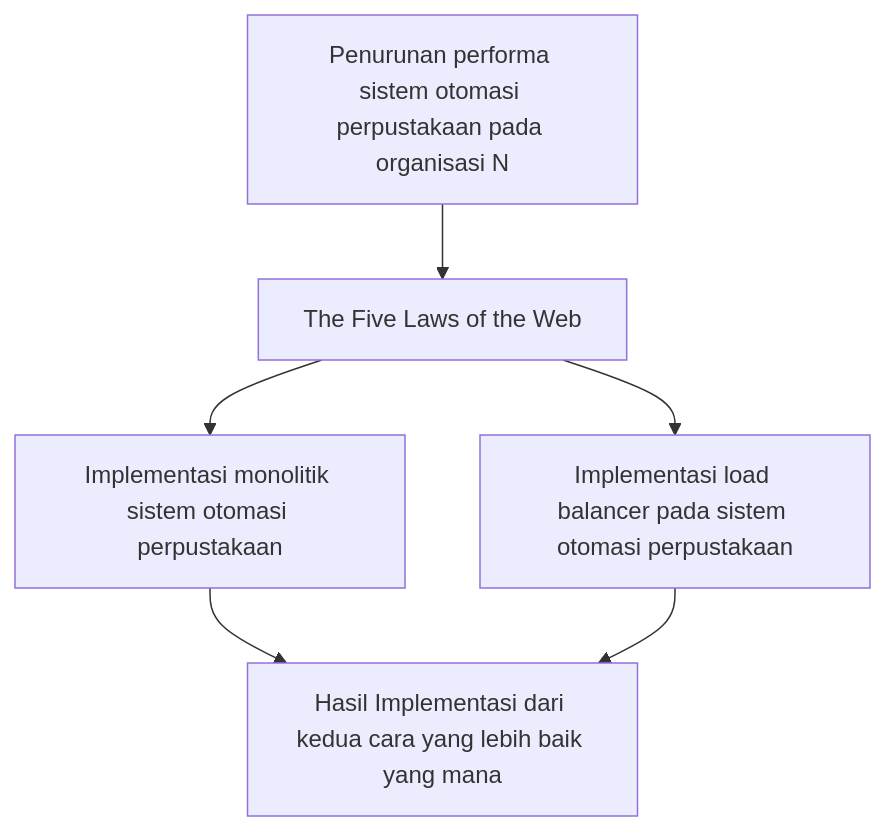
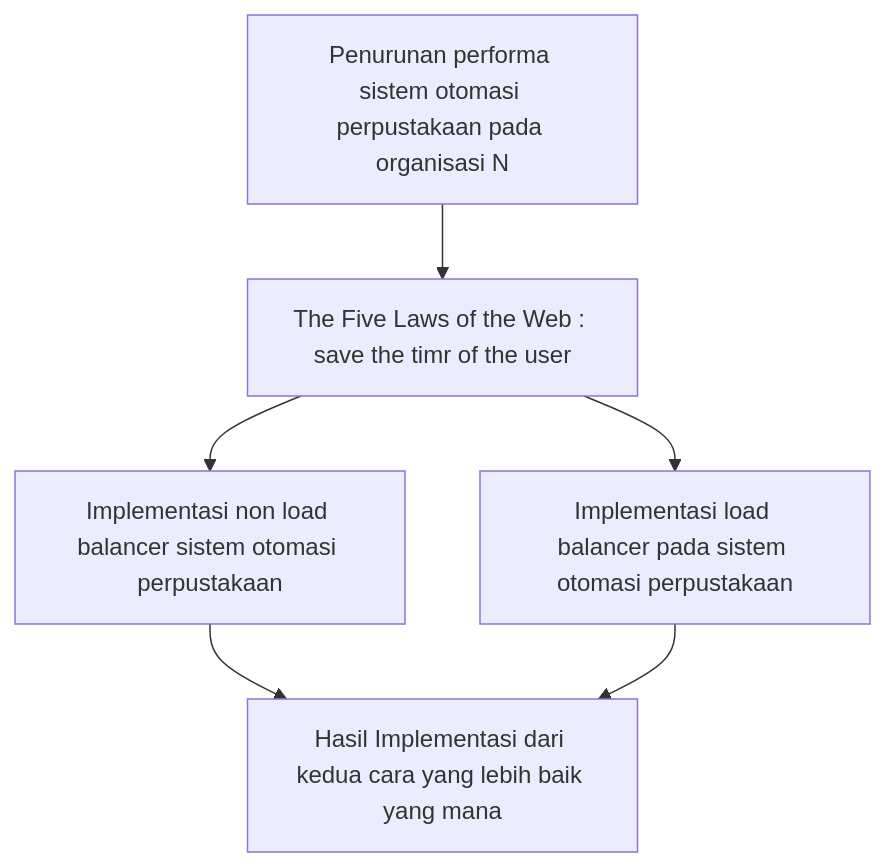
The diagram in 11210251000172/bab2/_index.md (worker-sentinel/caravaggio), drawn with Mermaid before and after one commit.

````diff
--- a/11210251000172/bab2/_index.md
+++ b/11210251000172/bab2/_index.md
@@ -111,8 +111,8 @@
 ```mermaid
 flowchart TD
-    A1[Penurunan performa sistem otomasi perpustakaan pada organisasi N] --> A2[The Five Laws of the Web]
-    A2 --> A3[Implementasi monolitik sistem otomasi perpustakaan]
+    A1[Penurunan performa sistem otomasi perpustakaan pada organisasi N] --> A2[The Five Laws of the Web : save the timr of the user]
+    A2 --> A3[Implementasi non load balancer sistem otomasi perpustakaan]
     A2 --> A4[Implementasi load balancer pada sistem otomasi perpustakaan]
     A3 --> A5[Hasil Implementasi dari kedua cara yang lebih baik yang mana]
     A4 --> A5
 ```
````
